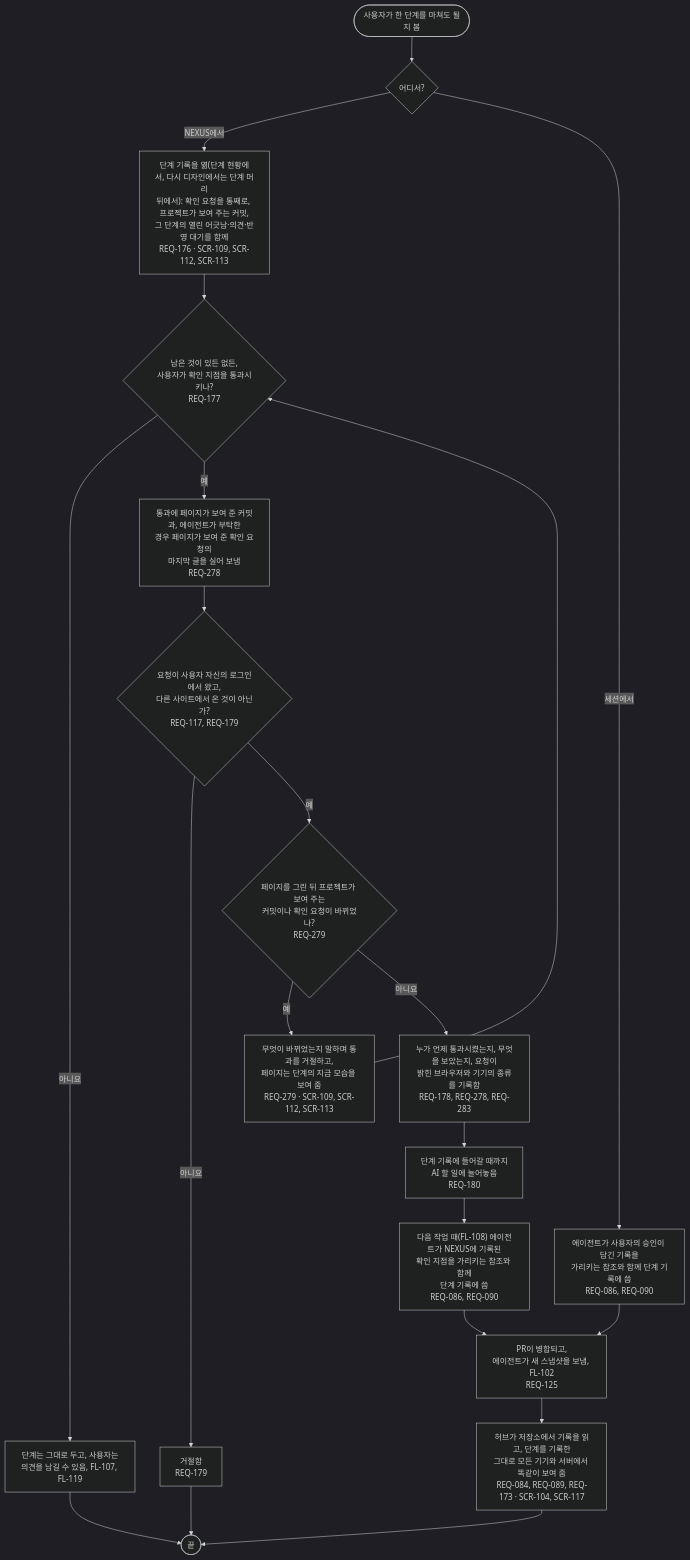
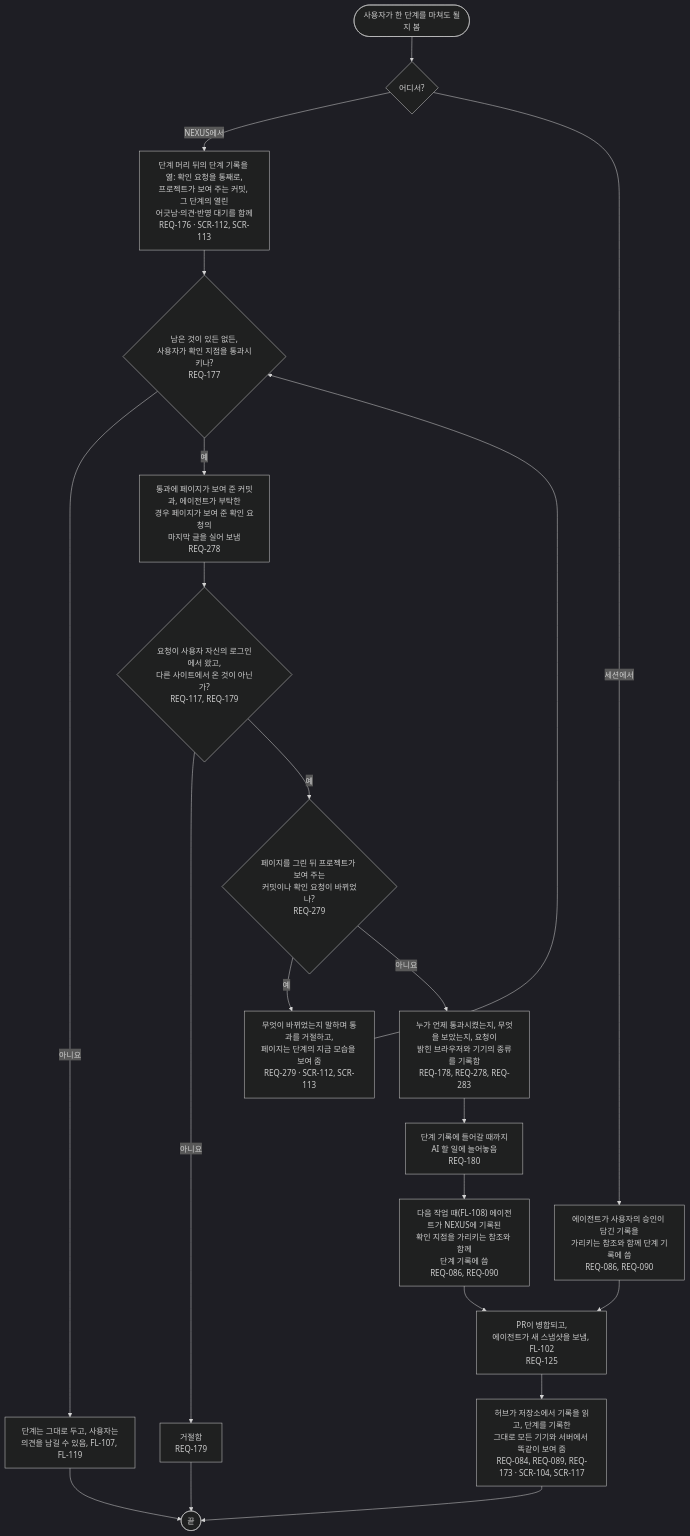
One commit to kodonghui/corthex-nexus changed the diagram in docs/03-user-flow/nexus/FL-113-pass-a-checkpoint.ko.md. Above: the diagram before and after it, drawn with Mermaid (dark theme). The commit also changed other lines of this file and 19 other files, not shown here.

First line of the commit message:
docs(nexus): remove 0.2's screens from the sitemap and name the redesign's in five flows (TASK-278)

````diff
--- a/docs/03-user-flow/nexus/FL-113-pass-a-checkpoint.ko.md
+++ b/docs/03-user-flow/nexus/FL-113-pass-a-checkpoint.ko.md
@@ -9,23 +9,23 @@
 ```mermaid
 flowchart TD
   A(["사용자가 한 단계를 마쳐도 될지 봄"]) --> B{"어디서?"}
-  B -->|NEXUS에서| C["단계 기록을 엶(단계 현황에서, 다시 디자인에서는 단계 머리<br/>뒤에서): 확인 요청을 통째로, 프로젝트가 보여 주는 커밋,<br/>그 단계의 열린 어긋남·의견·반영 대기를 함께<br/>REQ-176 · SCR-109, SCR-112, SCR-113"]
+  B -->|NEXUS에서| C["단계 머리 뒤의 단계 기록을 엶: 확인 요청을 통째로,<br/>프로젝트가 보여 주는 커밋, 그 단계의 열린<br/>어긋남·의견·반영 대기를 함께<br/>REQ-176 · SCR-112, SCR-113"]
   C --> D{"남은 것이 있든 없든,<br/>사용자가 확인 지점을 통과시키나?<br/>REQ-177"}
   D -->|아니요| D1["단계는 그대로 두고, 사용자는<br/>의견을 남길 수 있음, FL-107, FL-119"]
   D1 --> Z(["끝"])
   D -->|예| D2["통과에 페이지가 보여 준 커밋과, 에이전트가 부탁한<br/>경우 페이지가 보여 준 확인 요청의<br/>마지막 글을 실어 보냄<br/>REQ-278"]
   D2 --> E{"요청이 사용자 자신의 로그인에서 왔고,<br/>다른 사이트에서 온 것이 아닌가?<br/>REQ-117, REQ-179"}
   E -->|아니요| E1["거절함<br/>REQ-179"]
   E1 --> Z
   E -->|예| E2{"페이지를 그린 뒤 프로젝트가 보여 주는<br/>커밋이나 확인 요청이 바뀌었나?<br/>REQ-279"}
-  E2 -->|예| E3["무엇이 바뀌었는지 말하며 통과를 거절하고,<br/>페이지는 단계의 지금 모습을 보여 줌<br/>REQ-279 · SCR-109, SCR-112, SCR-113"]
+  E2 -->|예| E3["무엇이 바뀌었는지 말하며 통과를 거절하고,<br/>페이지는 단계의 지금 모습을 보여 줌<br/>REQ-279 · SCR-112, SCR-113"]
   E3 --> D
   E2 -->|아니요| F["누가 언제 통과시켰는지, 무엇을 보았는지, 요청이<br/>밝힌 브라우저와 기기의 종류를 기록함<br/>REQ-178, REQ-278, REQ-283"]
   F --> G["단계 기록에 들어갈 때까지<br/>AI 할 일에 늘어놓음<br/>REQ-180"]
   G --> H["다음 작업 때(FL-108) 에이전트가 NEXUS에 기록된<br/>확인 지점을 가리키는 참조와 함께<br/>단계 기록에 씀<br/>REQ-086, REQ-090"]
   B -->|세션에서| I["에이전트가 사용자의 승인이 담긴 기록을<br/>가리키는 참조와 함께 단계 기록에 씀<br/>REQ-086, REQ-090"]
   H --> J["PR이 병합되고,<br/>에이전트가 새 스냅샷을 보냄, FL-102<br/>REQ-125"]
   I --> J
   J --> K["허브가 저장소에서 기록을 읽고, 단계를 기록한<br/>그대로 모든 기기와 서버에서 똑같이 보여 줌<br/>REQ-084, REQ-089, REQ-173 · SCR-104, SCR-117"]
   K --> Z
 ```
````
